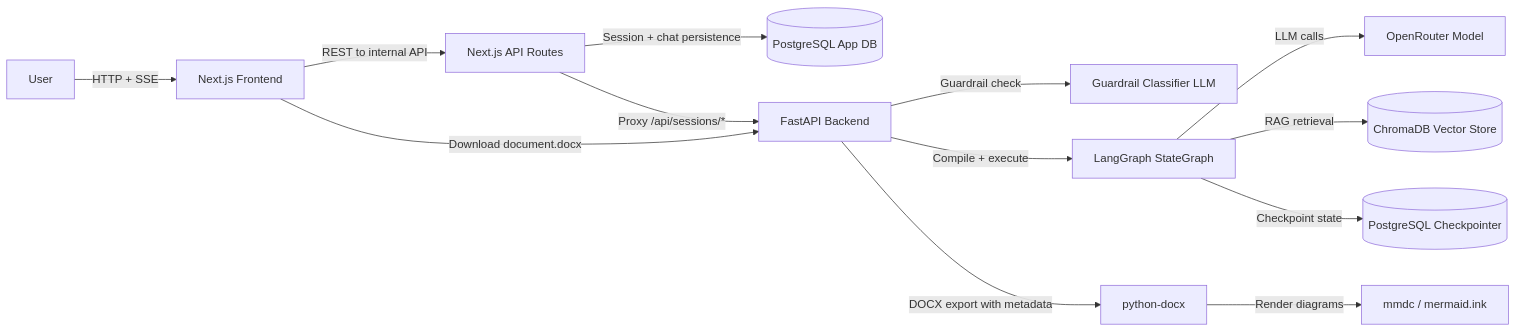
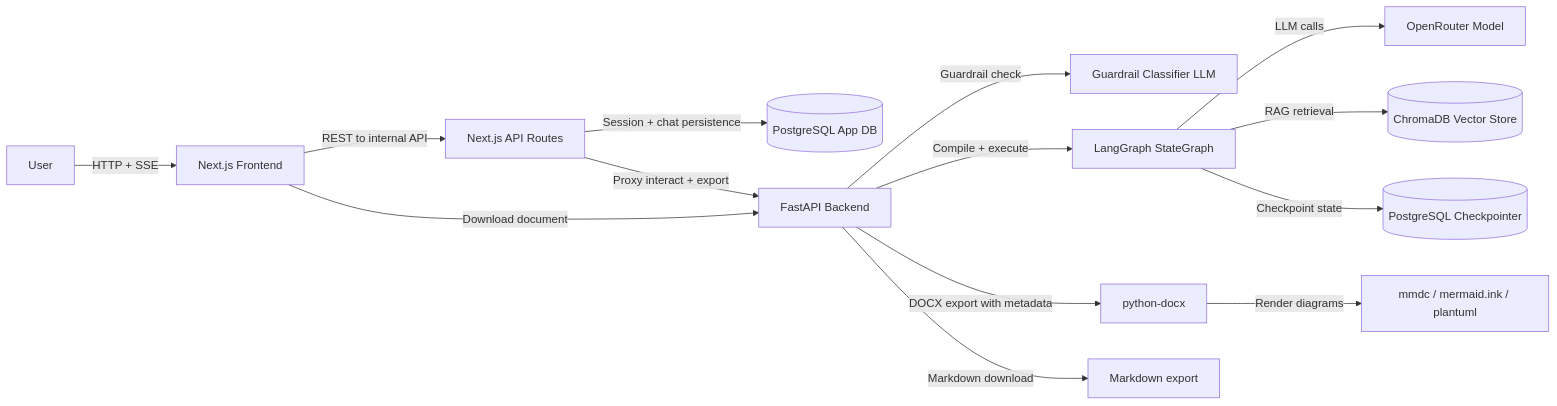
Before and after one commit to Ta1al/automated-SRS-generator: the first of 2 diagrams in README.md, drawn with Mermaid. The commit also changed other lines of this file, not shown here.

Commit message:
Update architecture description

````diff
--- a/README.md
+++ b/README.md
@@ -50,17 +43,18 @@
 ```mermaid
 flowchart LR
     User[User] -->|HTTP + SSE| Frontend[Next.js Frontend]
     Frontend -->|REST to internal API| PrismaApi[Next.js API Routes]
     PrismaApi -->|Session + chat persistence| PgApp[(PostgreSQL App DB)]
-    PrismaApi -->|Proxy /api/sessions/*| FastAPI[FastAPI Backend]
+    PrismaApi -->|Proxy interact + export| FastAPI[FastAPI Backend]
 
     FastAPI -->|Guardrail check| Guardrail[Guardrail Classifier LLM]
     FastAPI -->|Compile + execute| Graph[LangGraph StateGraph]
     Graph -->|LLM calls| OpenRouter[OpenRouter Model]
     Graph -->|RAG retrieval| Chroma[(ChromaDB Vector Store)]
     Graph -->|Checkpoint state| PgCheckpoint[(PostgreSQL Checkpointer)]
-    
-    Frontend -->|Download document.docx| FastAPI
+
+    Frontend -->|Download document| FastAPI
     FastAPI -->|DOCX export with metadata| DocxExport[python-docx]
-    DocxExport -->|Render diagrams| MermaidRender[mmdc / mermaid.ink]
+    FastAPI -->|Markdown download| MdExport[Markdown export]
+    DocxExport -->|Render diagrams| DiagramRender[mmdc / mermaid.ink / plantuml]
 ```
````
